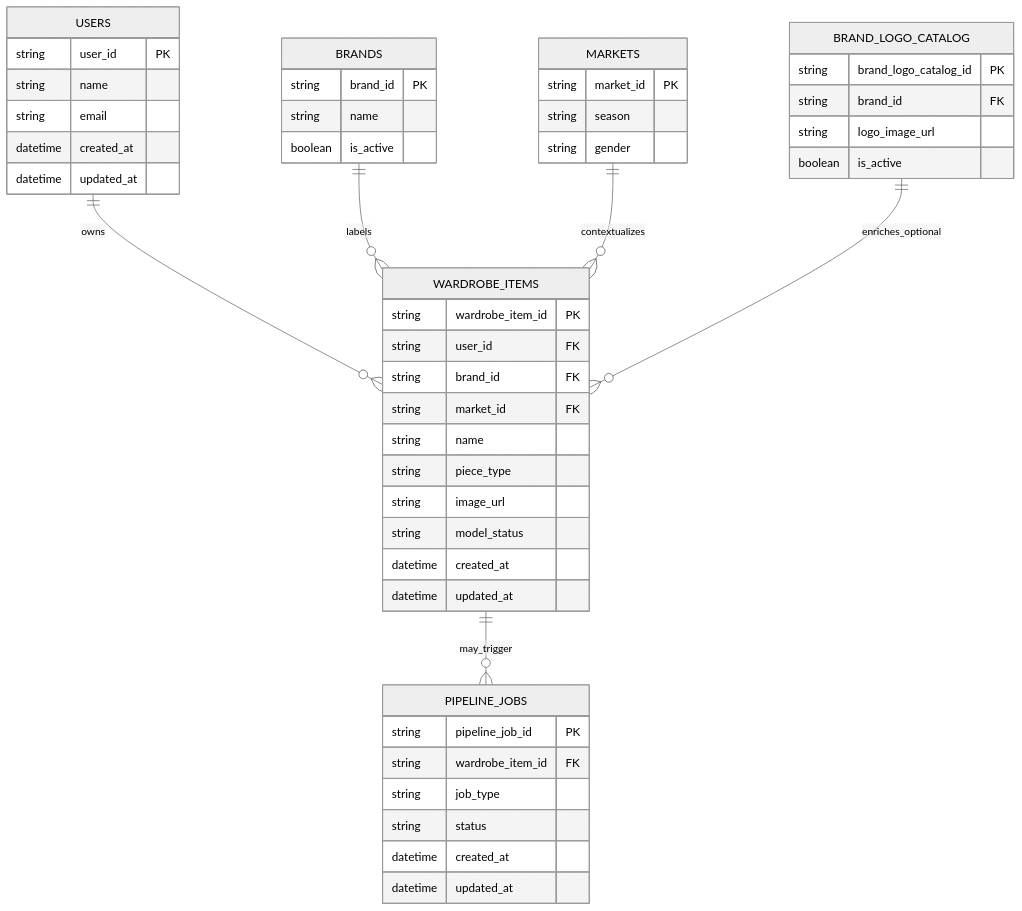
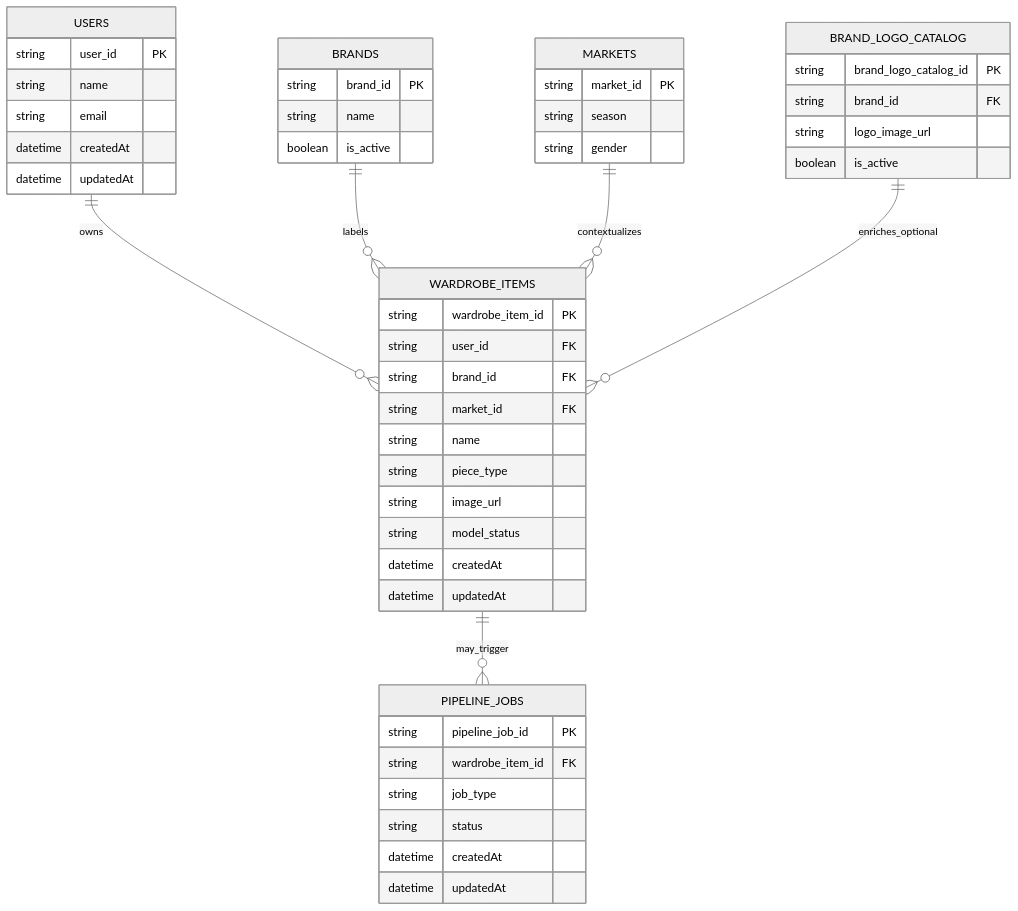
One commit to MatheusHaliski/SAI-TCC-2026 changed the first of 3 diagrams in docs/relational-entity-diagrams-activities.md. Above: the diagram before and after it, drawn with Mermaid (neutral theme). The commit also changed other lines of this file and 52 other files, not shown here.

````diff
--- a/docs/relational-entity-diagrams-activities.md
+++ b/docs/relational-entity-diagrams-activities.md
@@ -15,57 +15,57 @@
 ```mermaid
 erDiagram
     USERS ||--o{ WARDROBE_ITEMS : owns
     BRANDS ||--o{ WARDROBE_ITEMS : labels
     MARKETS ||--o{ WARDROBE_ITEMS : contextualizes
     BRAND_LOGO_CATALOG ||--o{ WARDROBE_ITEMS : enriches_optional
     WARDROBE_ITEMS ||--o{ PIPELINE_JOBS : may_trigger
 
     USERS {
       string user_id PK
       string name
       string email
-      datetime created_at
-      datetime updated_at
+      datetime createdAt
+      datetime updatedAt
     }
 
     BRANDS {
       string brand_id PK
       string name
       boolean is_active
     }
 
     MARKETS {
       string market_id PK
       string season
       string gender
     }
 
     BRAND_LOGO_CATALOG {
       string brand_logo_catalog_id PK
       string brand_id FK
       string logo_image_url
       boolean is_active
     }
 
     WARDROBE_ITEMS {
       string wardrobe_item_id PK
       string user_id FK
       string brand_id FK
       string market_id FK
       string name
       string piece_type
       string image_url
       string model_status
-      datetime created_at
-      datetime updated_at
+      datetime createdAt
+      datetime updatedAt
     }
 
     PIPELINE_JOBS {
       string pipeline_job_id PK
       string wardrobe_item_id FK
       string job_type
       string status
-      datetime created_at
-      datetime updated_at
+      datetime createdAt
+      datetime updatedAt
     }
 ```
````
